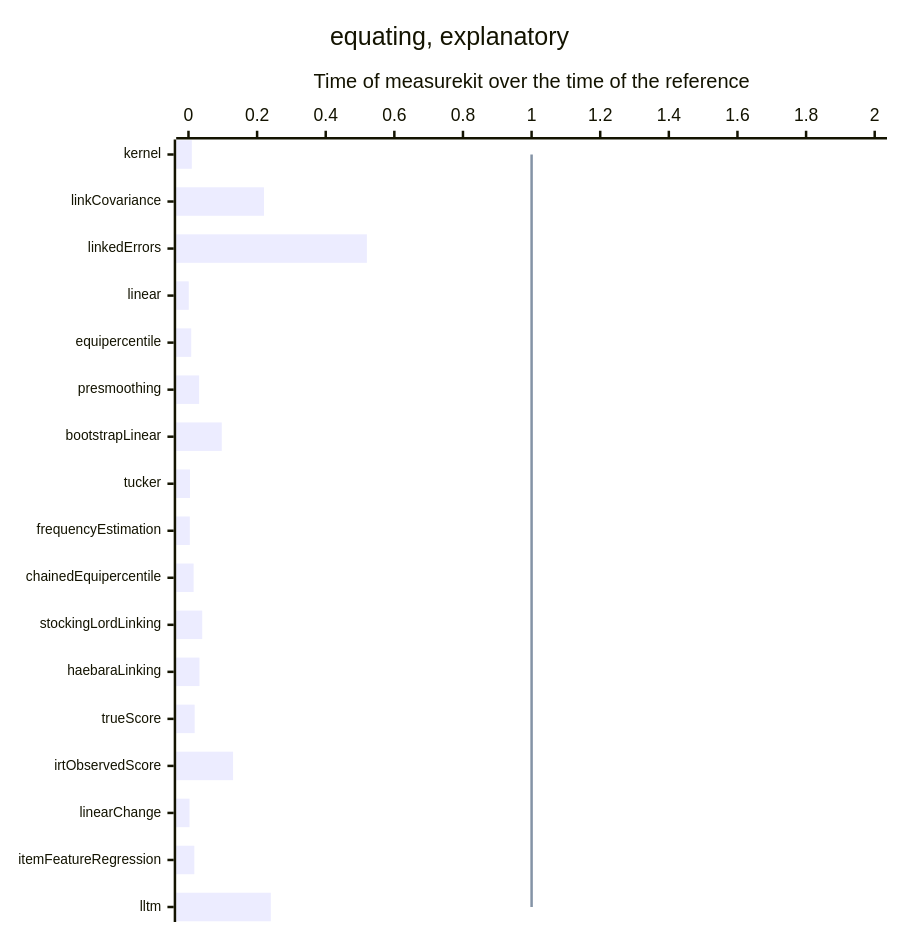
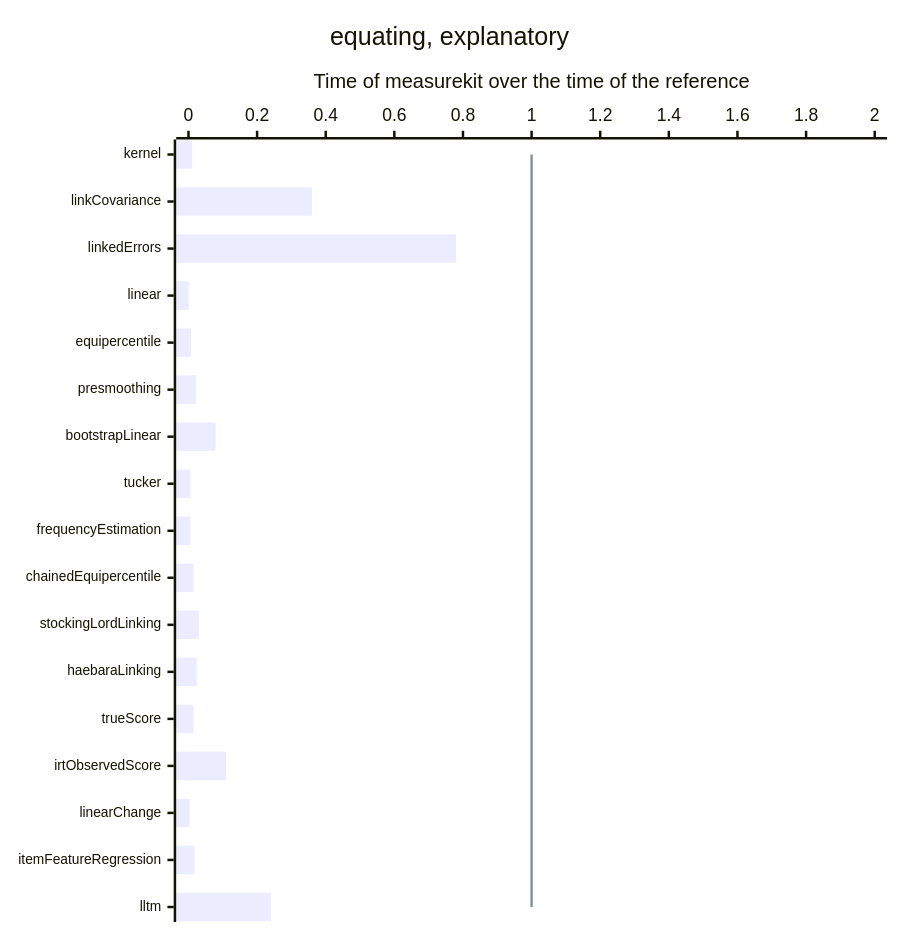
One commit to measurekit/measurekit changed the eighth of 13 diagrams in docs/psychometrics/performance.md. Above: the diagram before and after it, drawn with Mermaid. The commit also changed other lines of this file, not shown here.

````diff
--- a/docs/psychometrics/performance.md
+++ b/docs/psychometrics/performance.md
@@ -91,9 +91,9 @@
 ```mermaid
 %%{init: {"xyChart": {"height": 728, "xAxis": {"labelFontSize": 11}}}}%%
 xychart-beta horizontal
   title "equating, explanatory"
   x-axis ["kernel", "linkCovariance", "linkedErrors", "linear", "equipercentile", "presmoothing", "bootstrapLinear", "tucker", "frequencyEstimation", "chainedEquipercentile", "stockingLordLinking", "haebaraLinking", "trueScore", "irtObservedScore", "linearChange", "itemFeatureRegression", "lltm"]
   y-axis "Time of measurekit over the time of the reference" 0 --> 2
-  bar [0.0098, 0.22, 0.52, 0.00083, 0.008, 0.031, 0.097, 0.0044, 0.0039, 0.015, 0.04, 0.032, 0.018, 0.13, 0.0031, 0.017, 0.24]
+  bar [0.011, 0.36, 0.78, 0.00059, 0.0071, 0.022, 0.079, 0.0056, 0.0053, 0.015, 0.03, 0.024, 0.015, 0.11, 0.0031, 0.017, 0.24]
   line [1, 1, 1, 1, 1, 1, 1, 1, 1, 1, 1, 1, 1, 1, 1, 1, 1]
 ```
````
